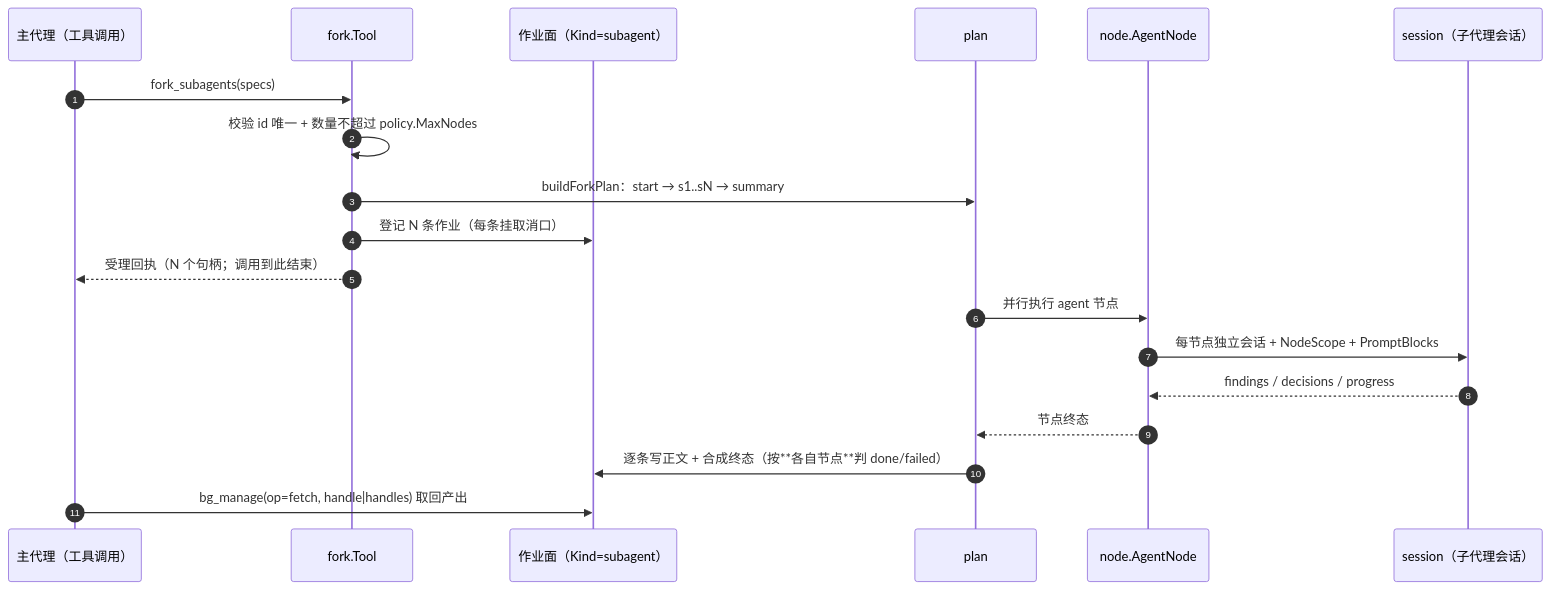
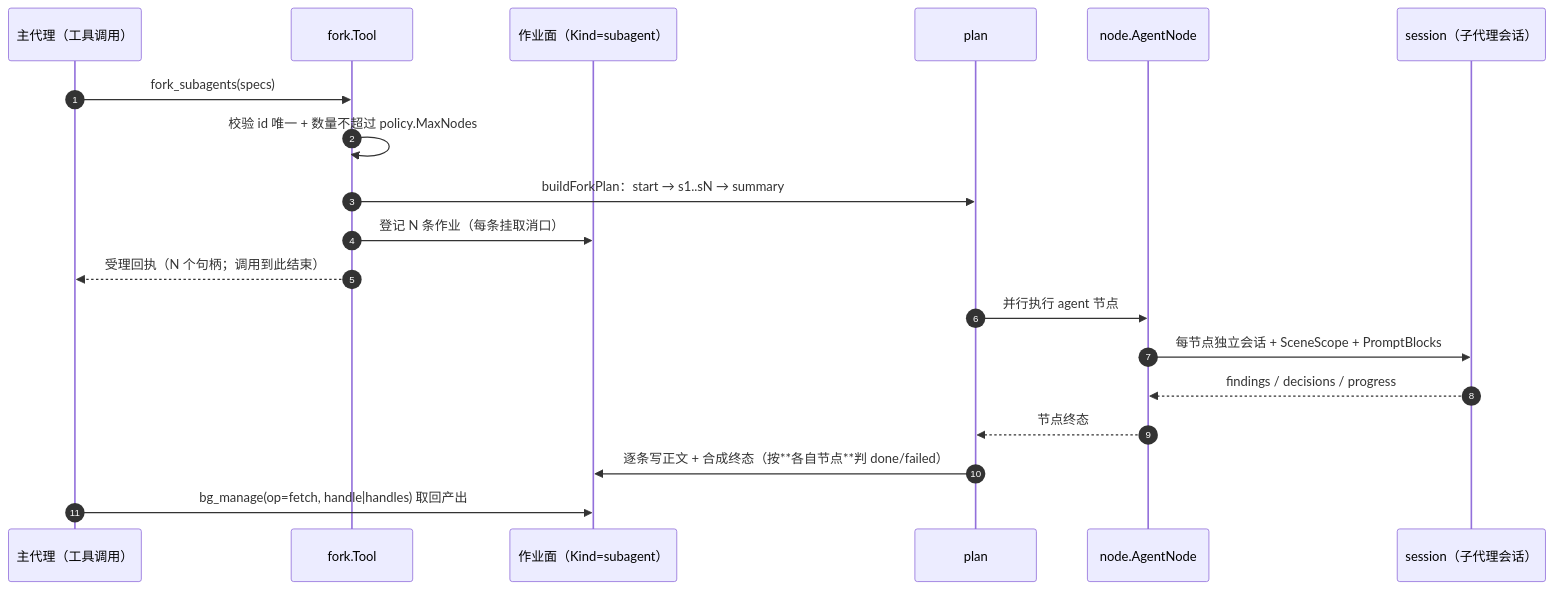
One commit to RedHuang-0622/seelex changed the second of 2 diagrams in backend/tool/fork/README.md. Above: the diagram before and after it, drawn with Mermaid. The commit also changed other lines of this file and 67 other files, not shown here.

Commit message:
refactor(node): NodeScope 退役为 SceneScope；worktree 收尾归 workunit

````diff
--- a/backend/tool/fork/README.md
+++ b/backend/tool/fork/README.md
@@ -36,22 +36,22 @@
 ```mermaid
 sequenceDiagram
     autonumber
     participant T as 主代理（工具调用）
     participant F as fork.Tool
     participant J as 作业面（Kind=subagent）
     participant P as plan
     participant N as node.AgentNode
     participant S as session（子代理会话）
 
     T->>F: fork_subagents(specs)
     F->>F: 校验 id 唯一 + 数量不超过 policy.MaxNodes
     F->>P: buildForkPlan：start → s1..sN → summary
     F->>J: 登记 N 条作业（每条挂取消口）
     F-->>T: 受理回执（N 个句柄；调用到此结束）
     P->>N: 并行执行 agent 节点
-    N->>S: 每节点独立会话 + NodeScope + PromptBlocks
+    N->>S: 每节点独立会话 + SceneScope + PromptBlocks
     S-->>N: findings / decisions / progress
     N-->>P: 节点终态
     P->>J: 逐条写正文 + 合成终态（按**各自节点**判 done/failed）
     T->>J: bg_manage(op=fetch, handle|handles) 取回产出
 ```
````
